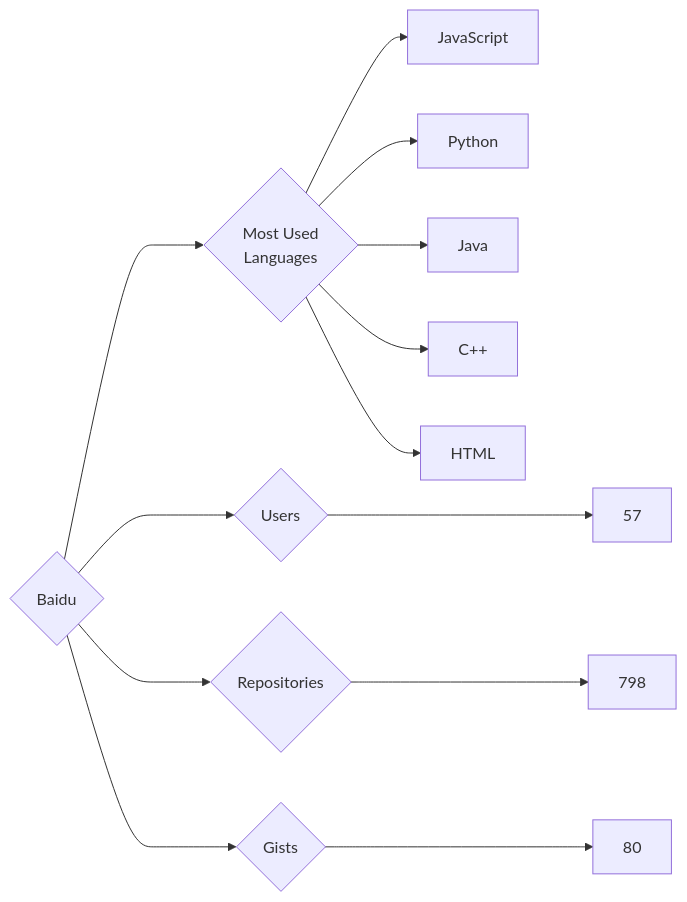
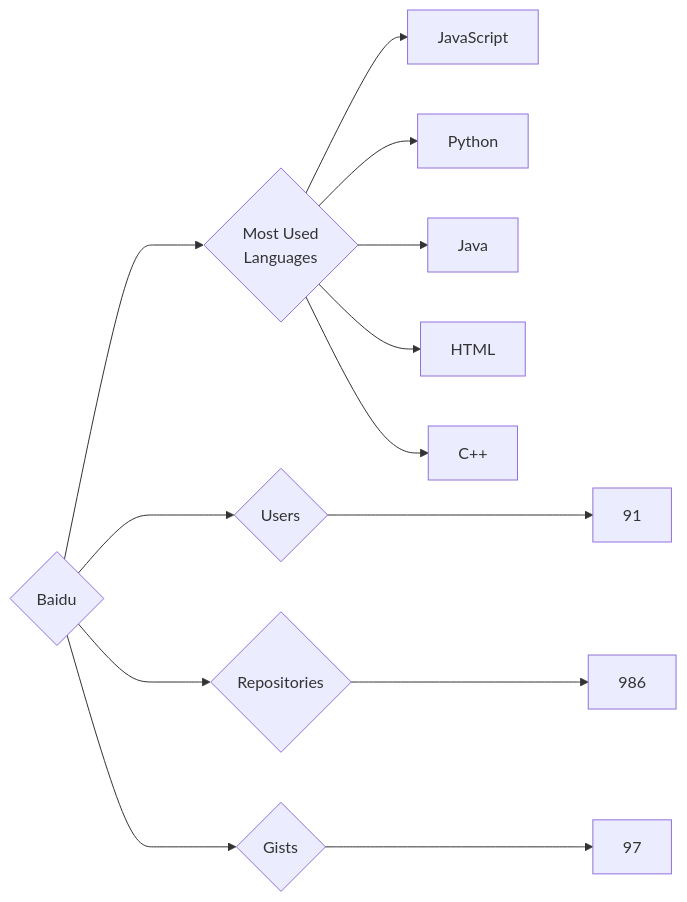
Before and after one commit to trickest/insiders: the diagram in targets/Baidu/README.md, drawn with Mermaid. The commit also changed 681 other files, not shown here.

````diff
--- a/targets/Baidu/README.md
+++ b/targets/Baidu/README.md
@@ -3,13 +3,13 @@
 ```mermaid
 graph LR
 COMPANY_NAME{Baidu}
-COMPANY_NAME ---> U{Users} ---> UN[57]
-COMPANY_NAME ---> R{Repositories} ---> RN[798]
-COMPANY_NAME ---> G{Gists} ---> GN[80]
+COMPANY_NAME ---> U{Users} ---> UN[91]
+COMPANY_NAME ---> R{Repositories} ---> RN[986]
+COMPANY_NAME ---> G{Gists} ---> GN[97]
 COMPANY_NAME ---> ML{Most Used<br>Languages}
 ML --> JavaScript[JavaScript]
 ML --> Python[Python]
 ML --> Java[Java]
+ML --> HTML[HTML]
 ML --> C++[C++]
-ML --> HTML[HTML]
 ```
````
